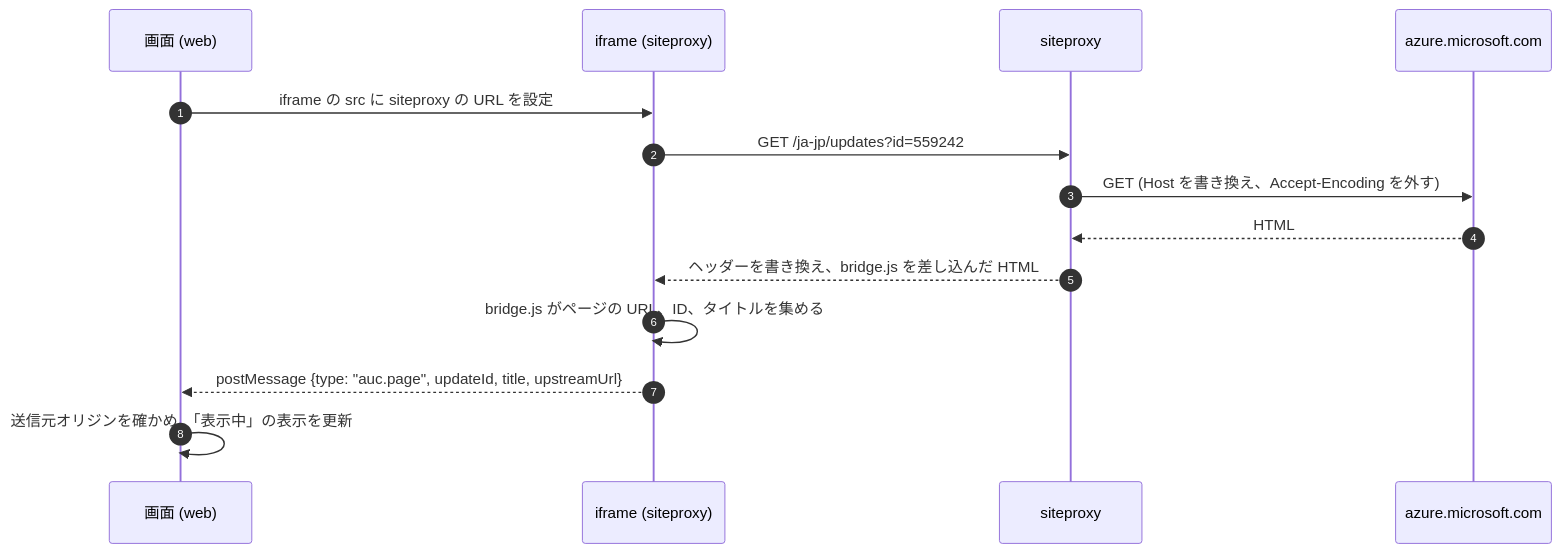
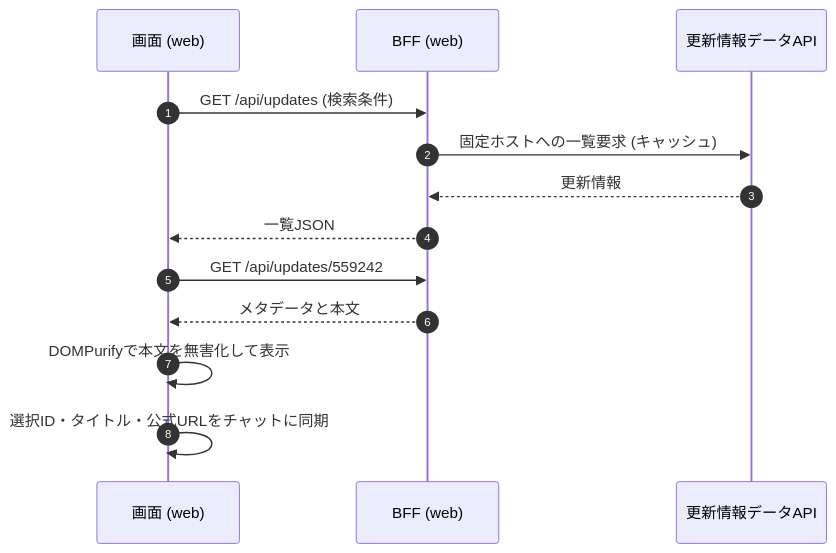
Before and after one commit to tokawa-ms/azure-updates-cowork-starter-demo: the second of 5 diagrams in docs/design.md, drawn with Mermaid. The commit also changed other lines of this file and 219 other files, not shown here.

````diff
--- a/docs/design.md
+++ b/docs/design.md
@@ -212,16 +216,15 @@
 ```mermaid
 sequenceDiagram
   autonumber
   participant S as 画面 (web)
-  participant F as iframe (siteproxy)
-  participant P as siteproxy
-  participant U as azure.microsoft.com
-  S->>F: iframe の src に siteproxy の URL を設定
-  F->>P: GET /ja-jp/updates?id=559242
-  P->>U: GET (Host を書き換え、Accept-Encoding を外す)
-  U-->>P: HTML
-  P-->>F: ヘッダーを書き換え、bridge.js を差し込んだ HTML
-  F->>F: bridge.js がページの URL、ID、タイトルを集める
-  F-->>S: postMessage {type: "auc.page", updateId, title, upstreamUrl}
-  S->>S: 送信元オリジンを確かめ、「表示中」の表示を更新
+  participant B as BFF (web)
+  participant D as 更新情報データAPI
+  S->>B: GET /api/updates (検索条件)
+  B->>D: 固定ホストへの一覧要求 (キャッシュ)
+  D-->>B: 更新情報
+  B-->>S: 一覧JSON
+  S->>B: GET /api/updates/559242
+  B-->>S: メタデータと本文
+  S->>S: DOMPurifyで本文を無害化して表示
+  S->>S: 選択ID・タイトル・公式URLをチャットに同期
 ```
````
